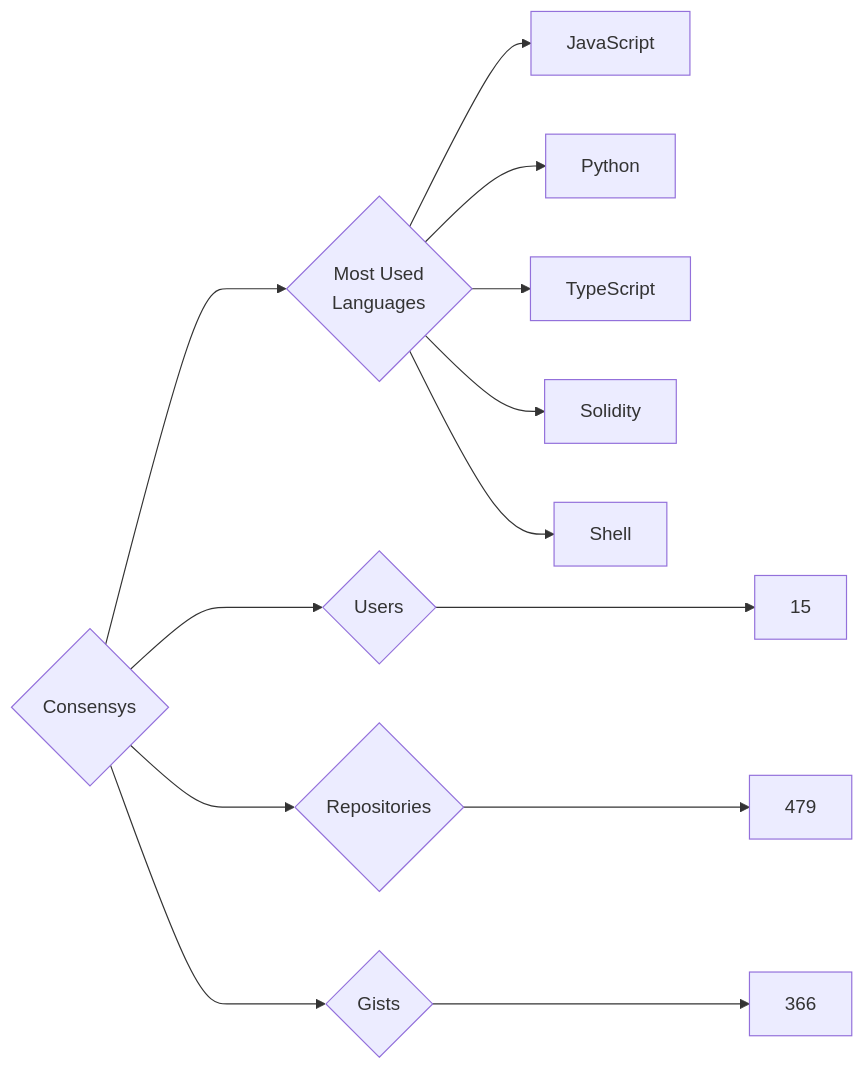
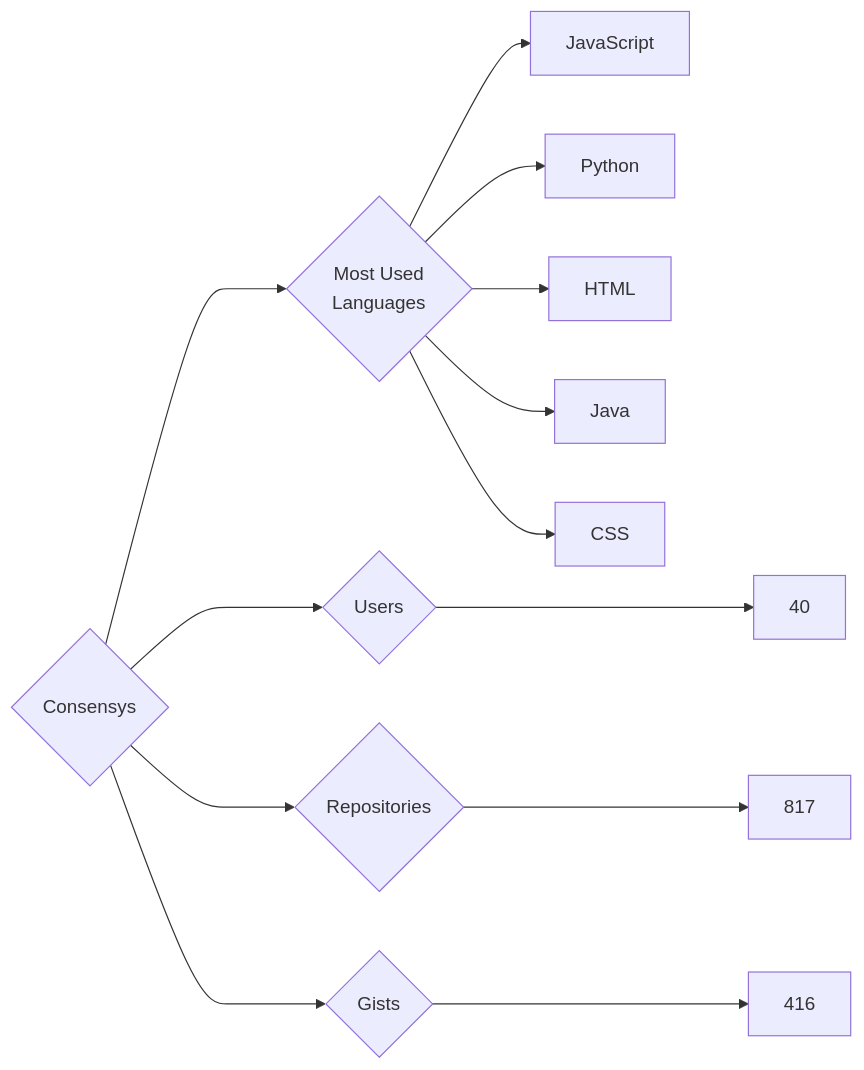
One commit to trickest/insiders changed the diagram in targets/Consensys/README.md. Above: the diagram before and after it, drawn with Mermaid. The commit also changed 814 other files, not shown here.

````diff
--- a/targets/Consensys/README.md
+++ b/targets/Consensys/README.md
@@ -3,13 +3,13 @@
 ```mermaid
 graph LR
 COMPANY_NAME{Consensys}
-COMPANY_NAME ---> U{Users} ---> UN[15]
-COMPANY_NAME ---> R{Repositories} ---> RN[479]
-COMPANY_NAME ---> G{Gists} ---> GN[366]
+COMPANY_NAME ---> U{Users} ---> UN[40]
+COMPANY_NAME ---> R{Repositories} ---> RN[817]
+COMPANY_NAME ---> G{Gists} ---> GN[416]
 COMPANY_NAME ---> ML{Most Used<br>Languages}
 ML --> JavaScript[JavaScript]
 ML --> Python[Python]
-ML --> TypeScript[TypeScript]
-ML --> Solidity[Solidity]
-ML --> Shell[Shell]
+ML --> HTML[HTML]
+ML --> Java[Java]
+ML --> CSS[CSS]
 ```
````
